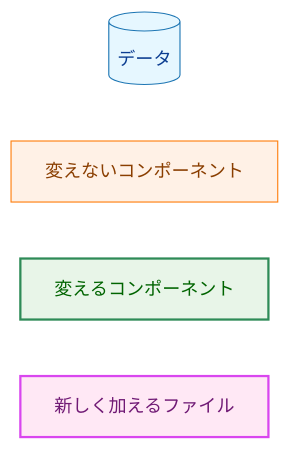
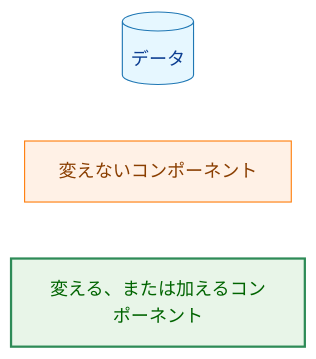
Before and after one commit to isseis/yt2column: the fourth of 9 diagrams in docs/tasks/0035_fixprguard_branch_config/02_architecture.md, drawn with Mermaid. The commit also changed other lines of this file, not shown here.

First line of the commit message:
docs(0035): address the architecture review findings

````diff
--- a/docs/tasks/0035_fixprguard_branch_config/02_architecture.md
+++ b/docs/tasks/0035_fixprguard_branch_config/02_architecture.md
@@ -170,15 +178,12 @@
 ```mermaid
 flowchart LR
     classDef data fill:#e6f7ff,stroke:#1f77b4,stroke-width:1px,color:#0b3d91;
     classDef process fill:#fff1e6,stroke:#ff7f0e,stroke-width:1px,color:#8a3e00;
     classDef enhanced fill:#e8f5e8,stroke:#2e8b57,stroke-width:2px,color:#006400;
-    classDef newpkg fill:#ffe8f5,stroke:#d946ef,stroke-width:2px,color:#701a75;
     L1[("データ")]
     L2["変えないコンポーネント"]
-    L3["変えるコンポーネント"]
-    L4["新しく加えるファイル"]
+    L3["変える、または加えるコンポーネント"]
     class L1 data
     class L2 process
     class L3 enhanced
-    class L4 newpkg
 ```
````
